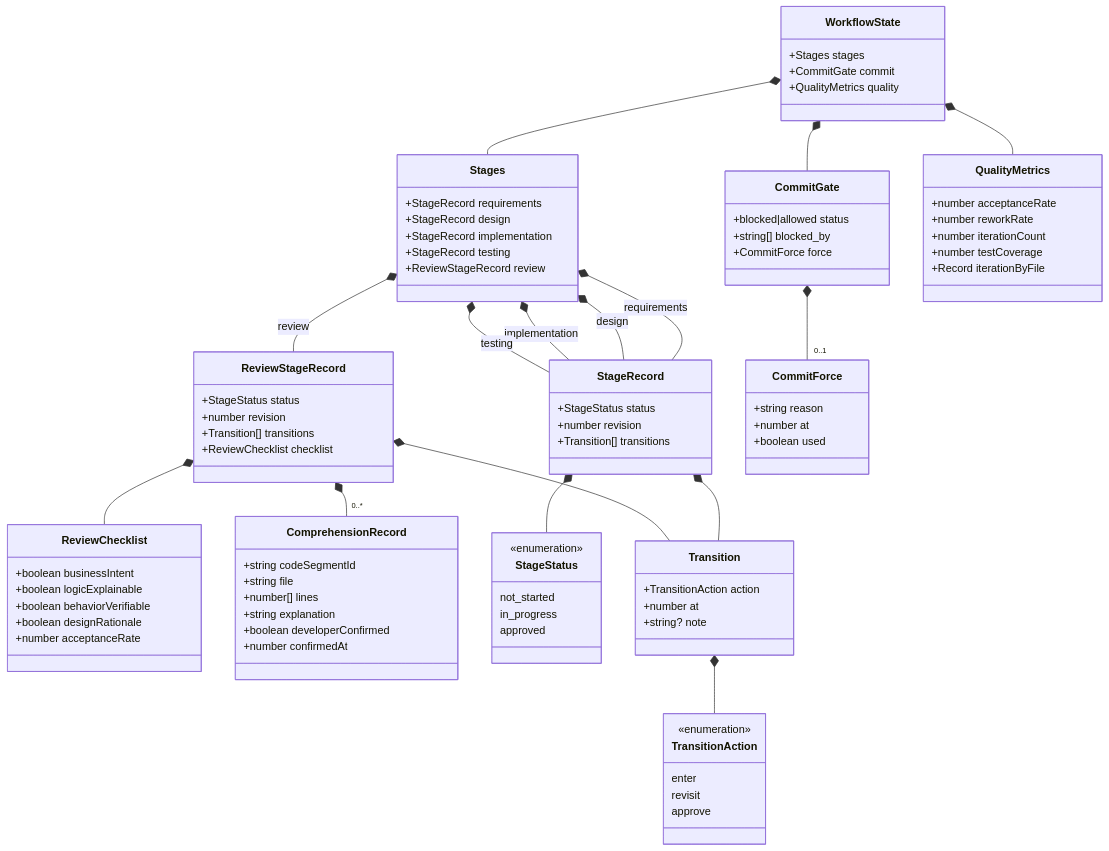
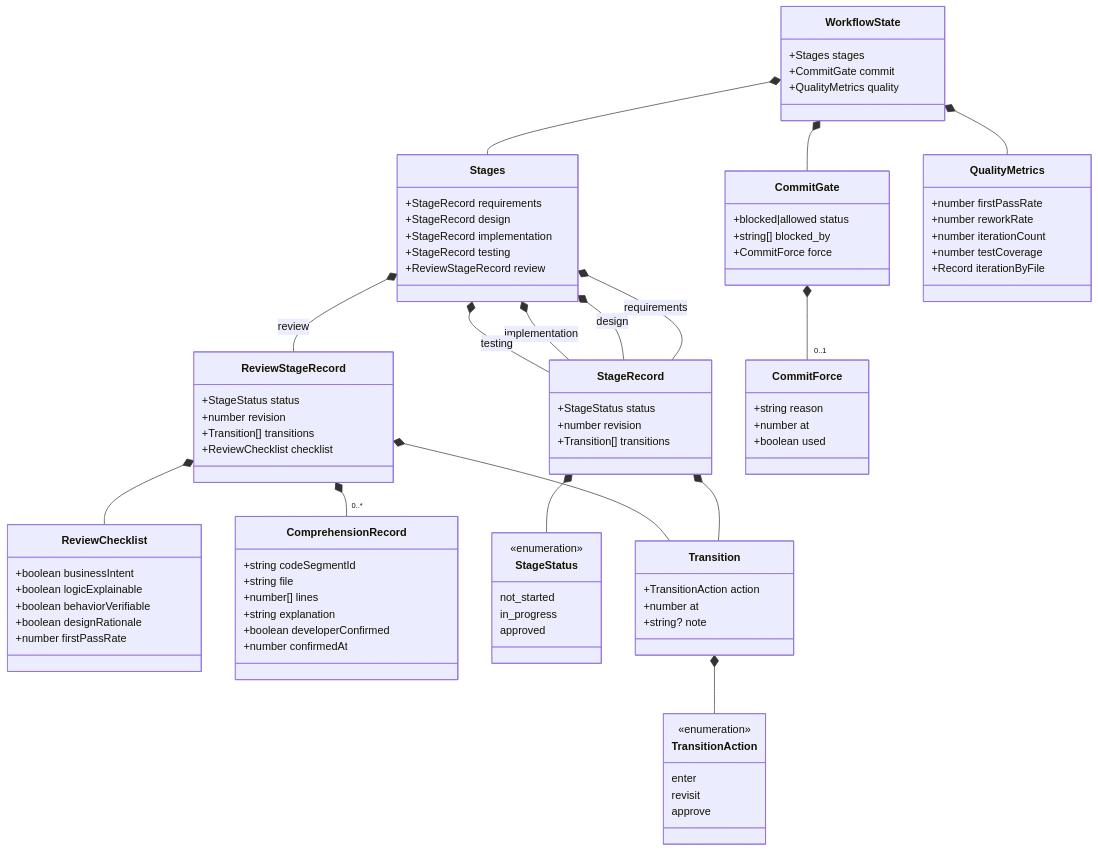
The eighth of 15 diagrams in opencode-session-mgmt/docs/session-management.md (wonglaitung/opencode), drawn with Mermaid before and after one commit. The commit also changed other lines of this file, not shown here.

```diff
--- a/opencode-session-mgmt/docs/session-management.md
+++ b/opencode-session-mgmt/docs/session-management.md
@@ -444,7 +444,7 @@
         +boolean logicExplainable
         +boolean behaviorVerifiable
         +boolean designRationale
-        +number acceptanceRate
+        +number firstPassRate
     }
 
     class ComprehensionRecord {
@@ -489,7 +489,7 @@
     }
 
     class QualityMetrics {
-        +number acceptanceRate
+        +number firstPassRate
         +number reworkRate
         +number iterationCount
         +number testCoverage
```
